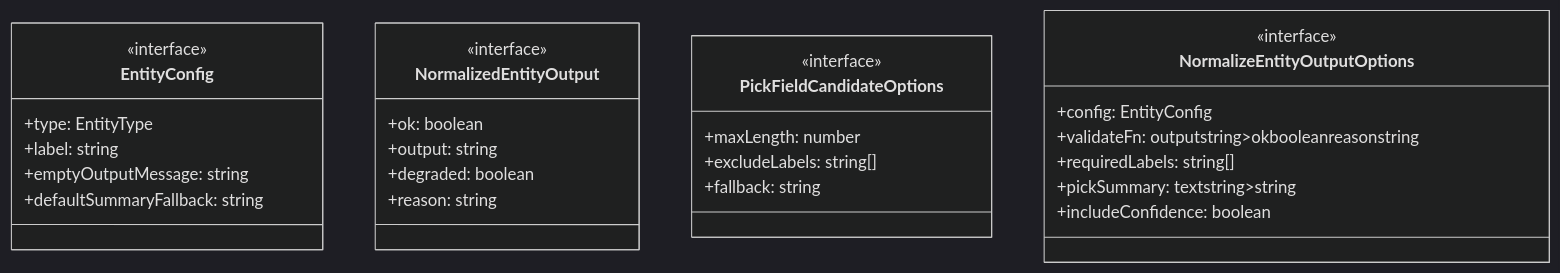
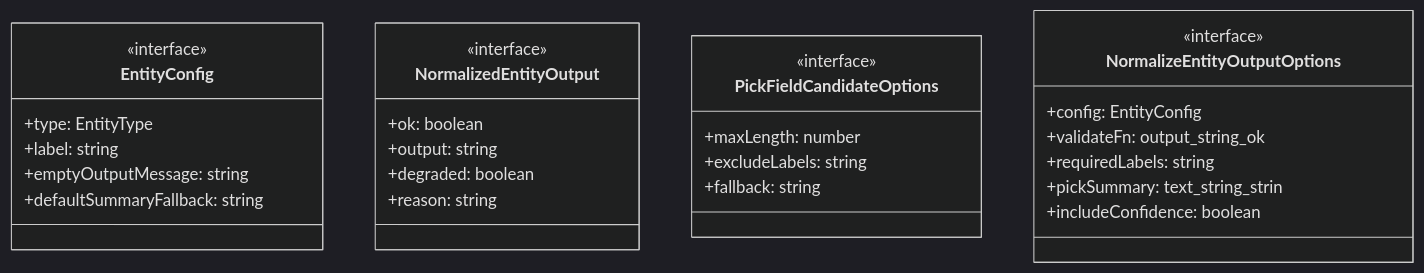
Before and after one commit to Mekann2904/mekann: the first of 4 diagrams in ABDD/.pi/lib/agent-common.md, drawn with Mermaid (dark theme). The commit also changed other lines of this file and 174 other files, not shown here.

First line of the commit message:
fix(docs): ABDDのMermaid図生成エラーを修正する

````diff
--- a/ABDD/.pi/lib/agent-common.md
+++ b/ABDD/.pi/lib/agent-common.md
@@ -43,31 +43,31 @@
 ```mermaid
 classDiagram
   class EntityConfig {
     <<interface>>
     +type: EntityType
     +label: string
     +emptyOutputMessage: string
     +defaultSummaryFallback: string
   }
   class NormalizedEntityOutput {
     <<interface>>
     +ok: boolean
     +output: string
     +degraded: boolean
     +reason: string
   }
   class PickFieldCandidateOptions {
     <<interface>>
     +maxLength: number
-    +excludeLabels: string[]
+    +excludeLabels: string
     +fallback: string
   }
   class NormalizeEntityOutputOptions {
     <<interface>>
     +config: EntityConfig
-    +validateFn: outputstring>okbooleanreasonstring
-    +requiredLabels: string[]
-    +pickSummary: textstring>string
+    +validateFn: output_string_ok
+    +requiredLabels: string
+    +pickSummary: text_string_strin
     +includeConfidence: boolean
   }
 ```
````
